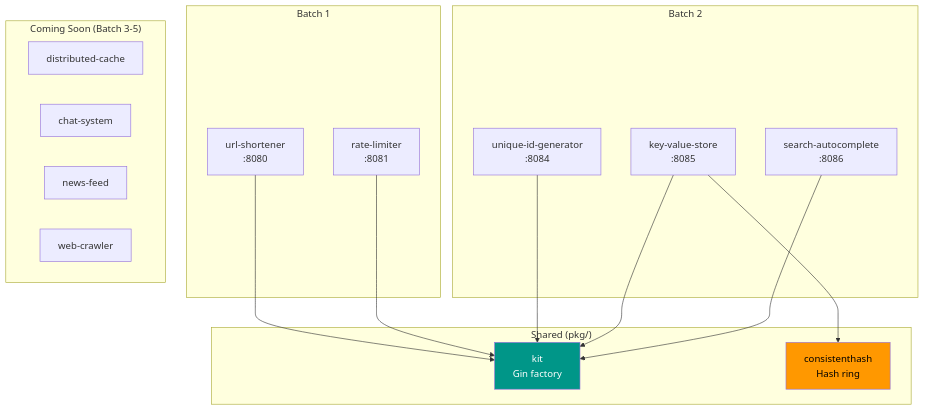
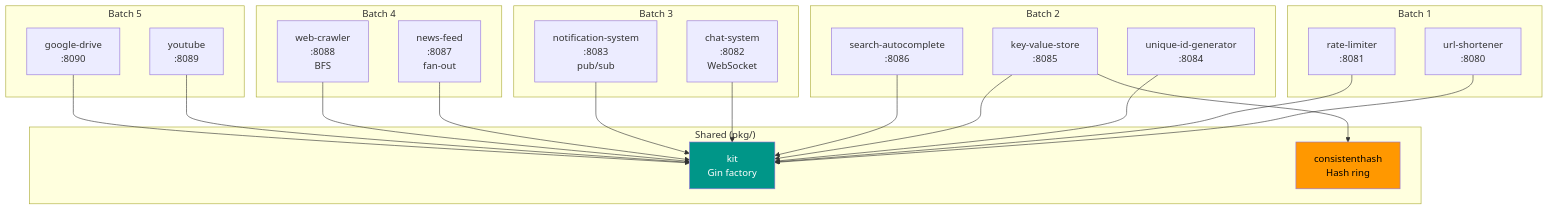
One commit to faisalaffan/faisalaffan-design-system changed the diagram in README.md. Above: the diagram before and after it, drawn with Mermaid. The commit also changed other lines of this file and 1 other file, not shown here.

Commit message:
docs: add all 12 services, 100 tests, and final architecture to README

````diff
--- a/README.md
+++ b/README.md
@@ -23,35 +25,49 @@
 ```mermaid
 flowchart TB
     subgraph "Batch 1"
         US["url-shortener<br/>:8080"]
         RL["rate-limiter<br/>:8081"]
     end
 
     subgraph "Batch 2"
         ID["unique-id-generator<br/>:8084"]
         KV["key-value-store<br/>:8085"]
         AC["search-autocomplete<br/>:8086"]
     end
 
+    subgraph "Batch 3"
+        CS["chat-system<br/>:8082<br/>WebSocket"]
+        NS["notification-system<br/>:8083<br/>pub/sub"]
+    end
+
+    subgraph "Batch 4"
+        NF["news-feed<br/>:8087<br/>fan-out"]
+        WC["web-crawler<br/>:8088<br/>BFS"]
+    end
+
+    subgraph "Batch 5"
+        YT["youtube<br/>:8089"]
+        GD["google-drive<br/>:8090"]
+    end
+
     subgraph "Shared (pkg/)"
         KIT["kit<br/>Gin factory"]
         CH["consistenthash<br/>Hash ring"]
     end
 
     US --> KIT
     RL --> KIT
     ID --> KIT
     KV --> KIT
     KV --> CH
     AC --> KIT
-
-    subgraph "Coming Soon (Batch 3-5)"
-        DC["distributed-cache"]
-        CS["chat-system"]
-        NF["news-feed"]
-        WC["web-crawler"]
-    end
+    CS --> KIT
+    NS --> KIT
+    NF --> KIT
+    WC --> KIT
+    YT --> KIT
+    GD --> KIT
 
     style KIT fill:#009688,color:#fff
     style CH fill:#ff9800,color:#000
 ```
````
